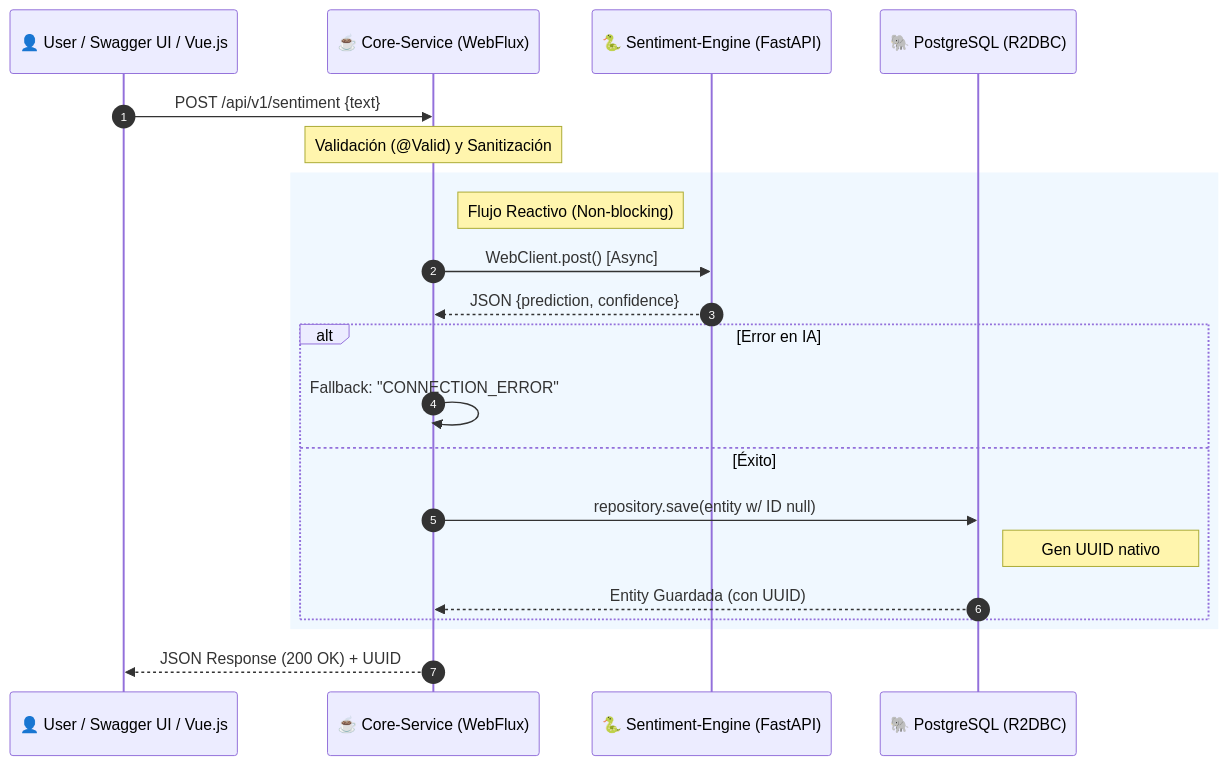
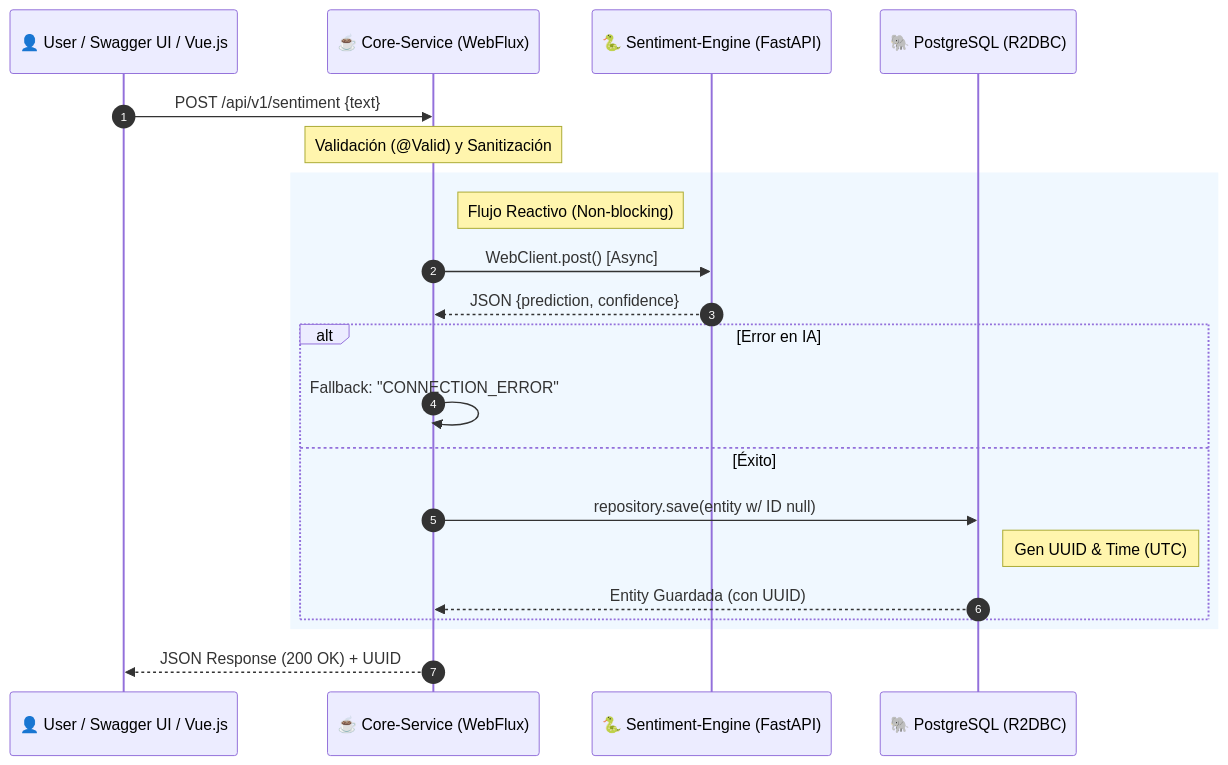
The diagram in docs/RFC-001-ARCHITECTURE-EVOLUTION.md (IngeCesar/sentiment-api), drawn with Mermaid before and after one commit. The commit also changed other lines of this file and 50 other files, not shown here.

````diff
--- a/docs/RFC-001-ARCHITECTURE-EVOLUTION.md
+++ b/docs/RFC-001-ARCHITECTURE-EVOLUTION.md
@@ -89,27 +98,27 @@
 ```mermaid
 sequenceDiagram
     autonumber
     participant Client as 👤 User / Swagger UI / Vue.js
     participant Core as ☕ Core-Service (WebFlux)
     participant AI as 🐍 Sentiment-Engine (FastAPI)
     participant DB as 🐘 PostgreSQL (R2DBC)
 
     Client->>Core: POST /api/v1/sentiment {text}
     Note over Core: Validación (@Valid) y Sanitización
 
     rect rgb(240, 248, 255)
     Note right of Core: Flujo Reactivo (Non-blocking)
     Core->>AI: WebClient.post() [Async]
     AI-->>Core: JSON {prediction, confidence}
 
     alt Error en IA
         Core->>Core: Fallback: "CONNECTION_ERROR"
     else Éxito
         Core->>DB: repository.save(entity w/ ID null)
-        Note right of DB: Gen UUID nativo
+        Note right of DB: Gen UUID & Time (UTC)
         DB-->>Core: Entity Guardada (con UUID)
     end
     end
 
     Core-->>Client: JSON Response (200 OK) + UUID
 ```
````
